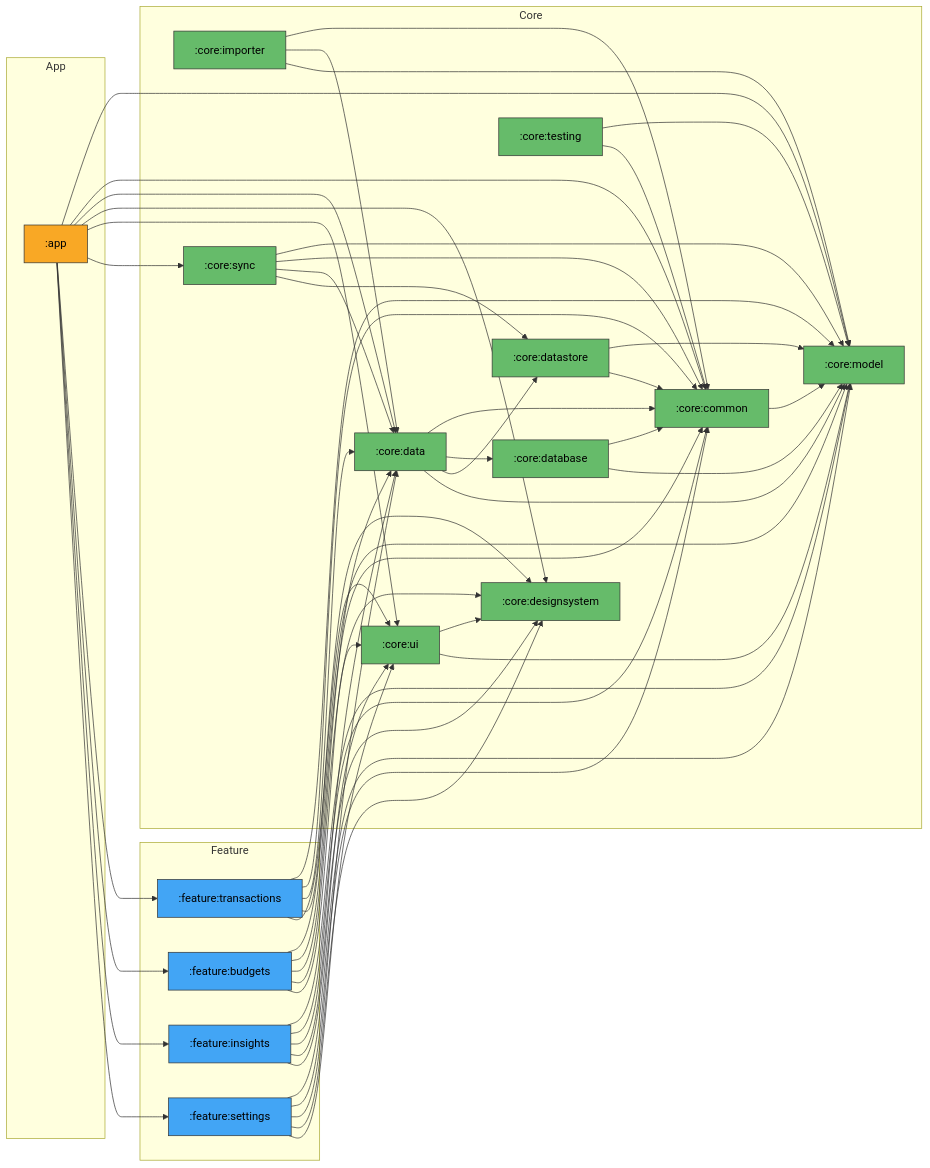
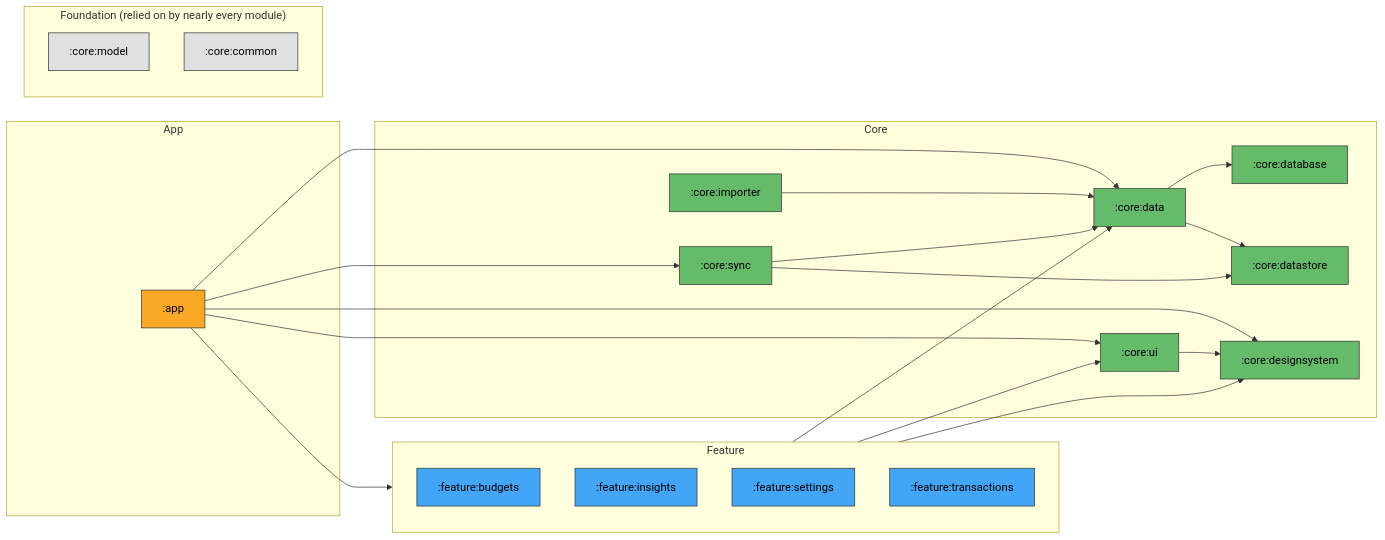
One commit to CharanjeevSingh1/bahi changed the diagram in README.md. Above: the diagram before and after it, drawn with Mermaid. The commit also changed other lines of this file and 1 other file, not shown here.

Commit message:
docs: add simplified architecture diagram, keep full graph in reports

````diff
--- a/README.md
+++ b/README.md
@@ -26,79 +26,45 @@
 ```mermaid
 graph LR
     subgraph tier_app[App]
         app[":app"]:::app
     end
     subgraph tier_feature[Feature]
         feature_budgets[":feature:budgets"]:::feature
         feature_insights[":feature:insights"]:::feature
         feature_settings[":feature:settings"]:::feature
         feature_transactions[":feature:transactions"]:::feature
     end
     subgraph tier_core[Core]
-        core_common[":core:common"]:::core
         core_data[":core:data"]:::core
         core_database[":core:database"]:::core
         core_datastore[":core:datastore"]:::core
         core_designsystem[":core:designsystem"]:::core
         core_importer[":core:importer"]:::core
-        core_model[":core:model"]:::core
         core_sync[":core:sync"]:::core
-        core_testing[":core:testing"]:::core
         core_ui[":core:ui"]:::core
     end
+    subgraph tier_foundation["Foundation (relied on by nearly every module)"]
+        core_model[":core:model"]:::foundation
+        core_common[":core:common"]:::foundation
+    end
 
-    app --> core_model
-    app --> core_common
+    app --> tier_feature
     app --> core_data
     app --> core_designsystem
+    app --> core_sync
     app --> core_ui
-    app --> core_sync
-    app --> feature_transactions
-    app --> feature_budgets
-    app --> feature_insights
-    app --> feature_settings
-    core_common --> core_model
-    core_data --> core_common
+    tier_feature --> core_data
+    tier_feature --> core_designsystem
+    tier_feature --> core_ui
     core_data --> core_database
     core_data --> core_datastore
-    core_data --> core_model
-    core_database --> core_common
-    core_database --> core_model
-    core_datastore --> core_model
-    core_datastore --> core_common
-    core_importer --> core_common
     core_importer --> core_data
-    core_importer --> core_model
-    core_sync --> core_model
-    core_sync --> core_common
     core_sync --> core_data
     core_sync --> core_datastore
-    core_testing --> core_model
-    core_testing --> core_common
     core_ui --> core_designsystem
-    core_ui --> core_model
-    feature_budgets --> core_model
-    feature_budgets --> core_common
-    feature_budgets --> core_data
-    feature_budgets --> core_designsystem
-    feature_budgets --> core_ui
-    feature_insights --> core_model
-    feature_insights --> core_common
-    feature_insights --> core_data
-    feature_insights --> core_designsystem
-    feature_insights --> core_ui
-    feature_settings --> core_model
-    feature_settings --> core_common
-    feature_settings --> core_data
-    feature_settings --> core_designsystem
-    feature_settings --> core_ui
-    feature_transactions --> core_model
-    feature_transactions --> core_common
-    feature_transactions --> core_data
-    feature_transactions --> core_designsystem
-    feature_transactions --> core_ui
 
     classDef app fill:#f9a825,stroke:#333,color:#000
     classDef feature fill:#42a5f5,stroke:#333,color:#000
     classDef core fill:#66bb6a,stroke:#333,color:#000
+    classDef foundation fill:#e0e0e0,stroke:#333,color:#000
 ```
````
